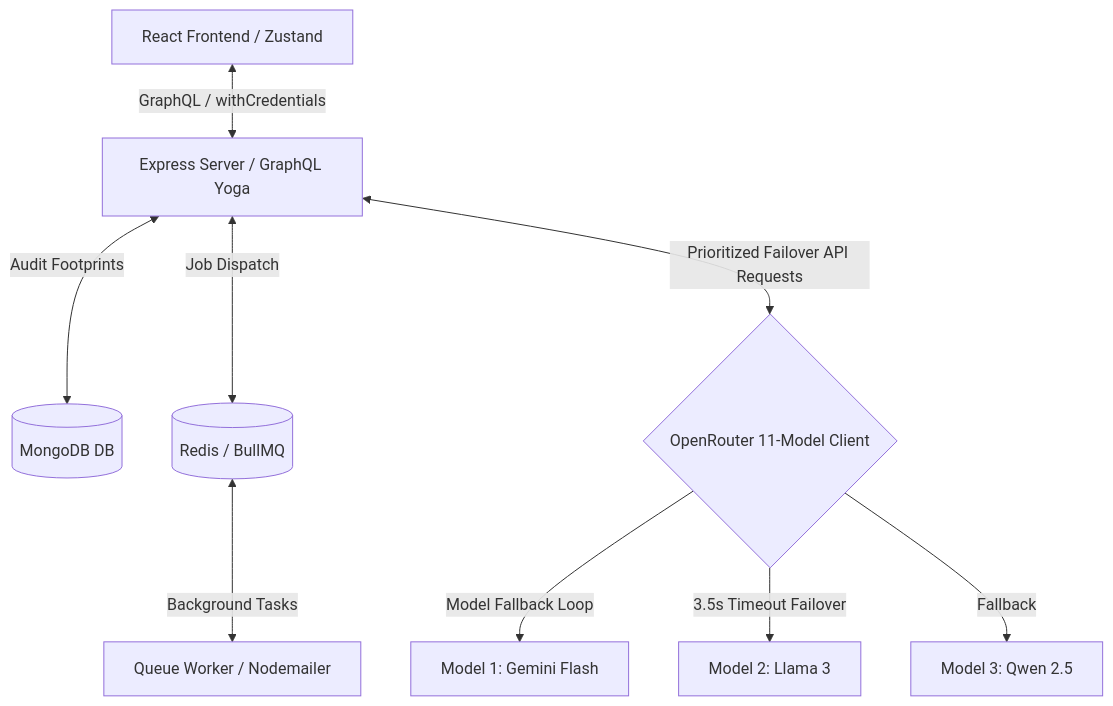
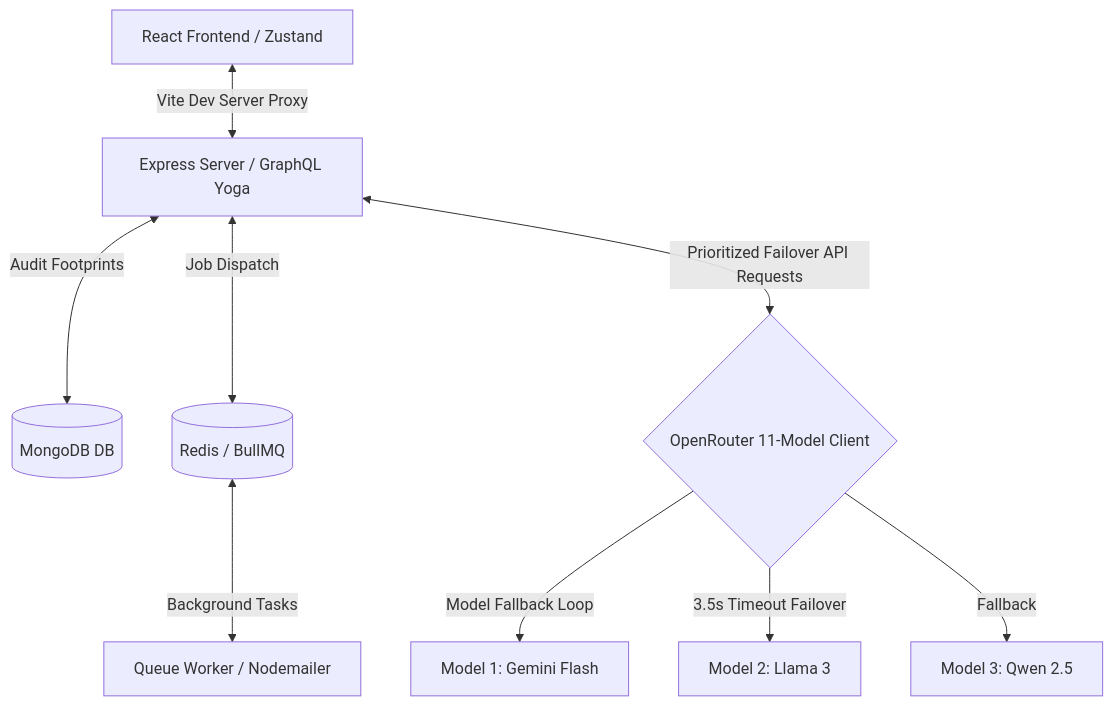
Before and after one commit to Jay-Raam/Health-Care-ERP: the diagram in README.md, drawn with Mermaid. The commit also changed other lines of this file and 4 other files, not shown here.

Commit message:
change the login and flow

````diff
--- a/README.md
+++ b/README.md
@@ -9,11 +9,11 @@
 ```mermaid
 graph TD
-    Client[React Frontend / Zustand] <-->|GraphQL / withCredentials| Gateway[Express Server / GraphQL Yoga]
+    Client[React Frontend / Zustand] <-->|Vite Dev Server Proxy| Gateway[Express Server / GraphQL Yoga]
     Gateway <-->|Audit Footprints| MongoDB[(MongoDB DB)]
     Gateway <-->|Job Dispatch| Redis[(Redis / BullMQ)]
     Redis <-->|Background Tasks| Worker[Queue Worker / Nodemailer]
     Gateway <-->|Prioritized Failover API Requests| OpenRouter{OpenRouter 11-Model Client}
     OpenRouter -->|Model Fallback Loop| L1[Model 1: Gemini Flash]
     OpenRouter -->|3.5s Timeout Failover| L2[Model 2: Llama 3]
     OpenRouter -->|Fallback| L3[Model 3: Qwen 2.5]
 ```
````
